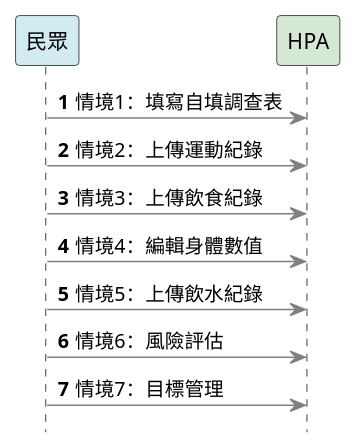
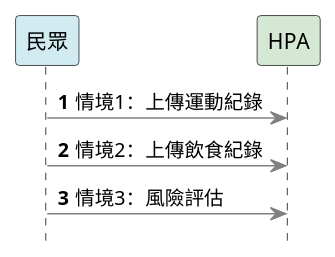
Before and after one commit to hpapa2025/pad: the diagram in input/images-source/index.plantuml, drawn with PlantUML. The commit also changed 161 other files, not shown here.

```diff
--- a/input/images-source/index.plantuml
+++ b/input/images-source/index.plantuml
@@ -1,21 +1,17 @@
 @startuml
 autonumber
 
 skinparam sequence {
 ArrowColor gray
 ActorBorderColor gray
 LifeLineBorderColor black
 }
 skinparam shadowing false
 hide footbox
 
 participant 民眾 #d1ebf1
 participant HPA  #D5E8D4
-民眾 -> HPA: 情境1：填寫自填調查表
-民眾 -> HPA: 情境2：上傳運動紀錄
-民眾 -> HPA: 情境3：上傳飲食紀錄
-民眾 -> HPA: 情境4：編輯身體數值
-民眾 -> HPA: 情境5：上傳飲水紀錄
-民眾 -> HPA: 情境6：風險評估
-民眾 -> HPA: 情境7：目標管理
+民眾 -> HPA: 情境1：上傳運動紀錄
+民眾 -> HPA: 情境2：上傳飲食紀錄
+民眾 -> HPA: 情境3：風險評估
 @enduml
```
